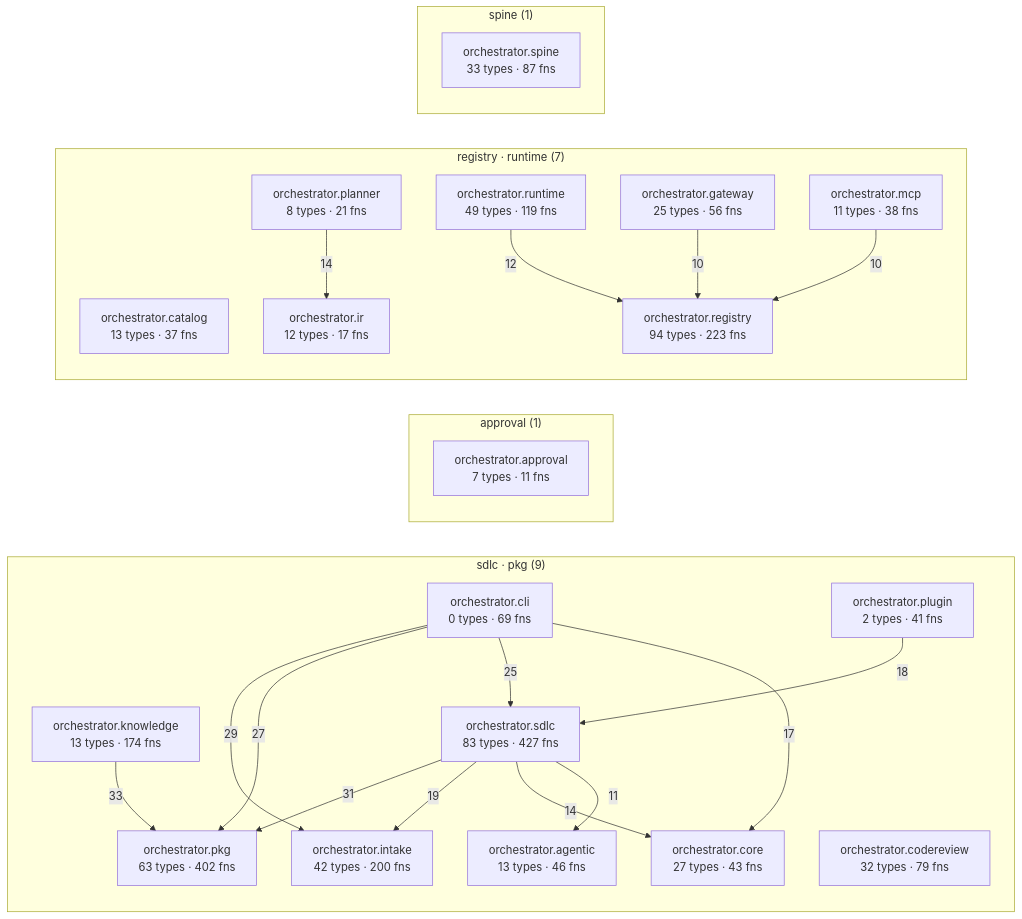
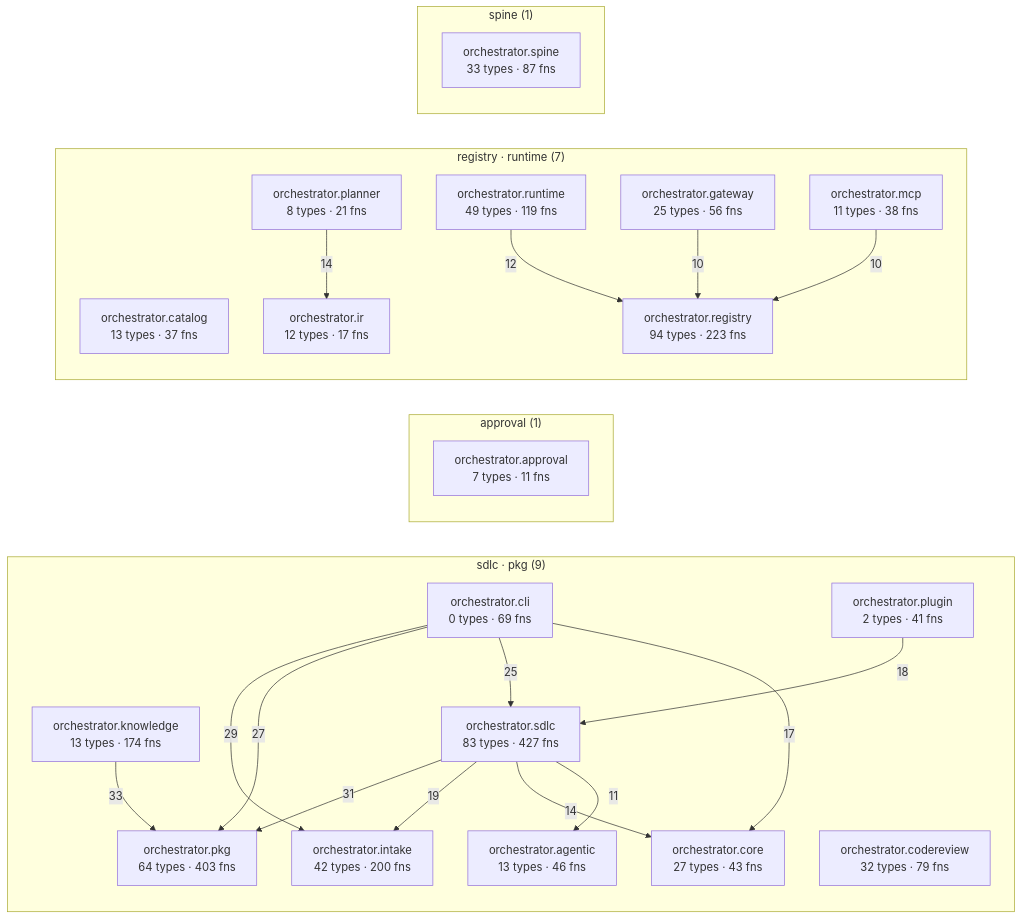
The diagram in episteme/architecture.md (synaptixs/spine), drawn with Mermaid before and after one commit. The commit also changed other lines of this file and 18 other files, not shown here.

````diff
--- a/episteme/architecture.md
+++ b/episteme/architecture.md
@@ -54,43 +54,43 @@
 ```mermaid
 flowchart LR
   subgraph c_1["sdlc · pkg (9)"]
     aorchestratoragentic["orchestrator.agentic<br/>13 types · 46 fns"]
     aorchestratorcli["orchestrator.cli<br/>0 types · 69 fns"]
     aorchestratorcodereview["orchestrator.codereview<br/>32 types · 79 fns"]
     aorchestratorcore["orchestrator.core<br/>27 types · 43 fns"]
     aorchestratorintake["orchestrator.intake<br/>42 types · 200 fns"]
     aorchestratorknowledge["orchestrator.knowledge<br/>13 types · 174 fns"]
-    aorchestratorpkg["orchestrator.pkg<br/>63 types · 402 fns"]
+    aorchestratorpkg["orchestrator.pkg<br/>64 types · 403 fns"]
     aorchestratorplugin["orchestrator.plugin<br/>2 types · 41 fns"]
     aorchestratorsdlc["orchestrator.sdlc<br/>83 types · 427 fns"]
   end
   subgraph c_2["approval (1)"]
     aorchestratorapproval["orchestrator.approval<br/>7 types · 11 fns"]
   end
   subgraph c_3["registry · runtime (7)"]
     aorchestratorcatalog["orchestrator.catalog<br/>13 types · 37 fns"]
     aorchestratorgateway["orchestrator.gateway<br/>25 types · 56 fns"]
     aorchestratorir["orchestrator.ir<br/>12 types · 17 fns"]
     aorchestratormcp["orchestrator.mcp<br/>11 types · 38 fns"]
     aorchestratorplanner["orchestrator.planner<br/>8 types · 21 fns"]
     aorchestratorregistry["orchestrator.registry<br/>94 types · 223 fns"]
     aorchestratorruntime["orchestrator.runtime<br/>49 types · 119 fns"]
   end
   subgraph c_10["spine (1)"]
     aorchestratorspine["orchestrator.spine<br/>33 types · 87 fns"]
   end
   aorchestratorknowledge -->|33| aorchestratorpkg
   aorchestratorsdlc -->|31| aorchestratorpkg
   aorchestratorcli -->|29| aorchestratorintake
   aorchestratorcli -->|27| aorchestratorpkg
   aorchestratorcli -->|25| aorchestratorsdlc
   aorchestratorsdlc -->|19| aorchestratorintake
   aorchestratorplugin -->|18| aorchestratorsdlc
   aorchestratorcli -->|17| aorchestratorcore
   aorchestratorplanner -->|14| aorchestratorir
   aorchestratorsdlc -->|14| aorchestratorcore
   aorchestratorruntime -->|12| aorchestratorregistry
   aorchestratorsdlc -->|11| aorchestratoragentic
   aorchestratorgateway -->|10| aorchestratorregistry
   aorchestratormcp -->|10| aorchestratorregistry
 ```
````
